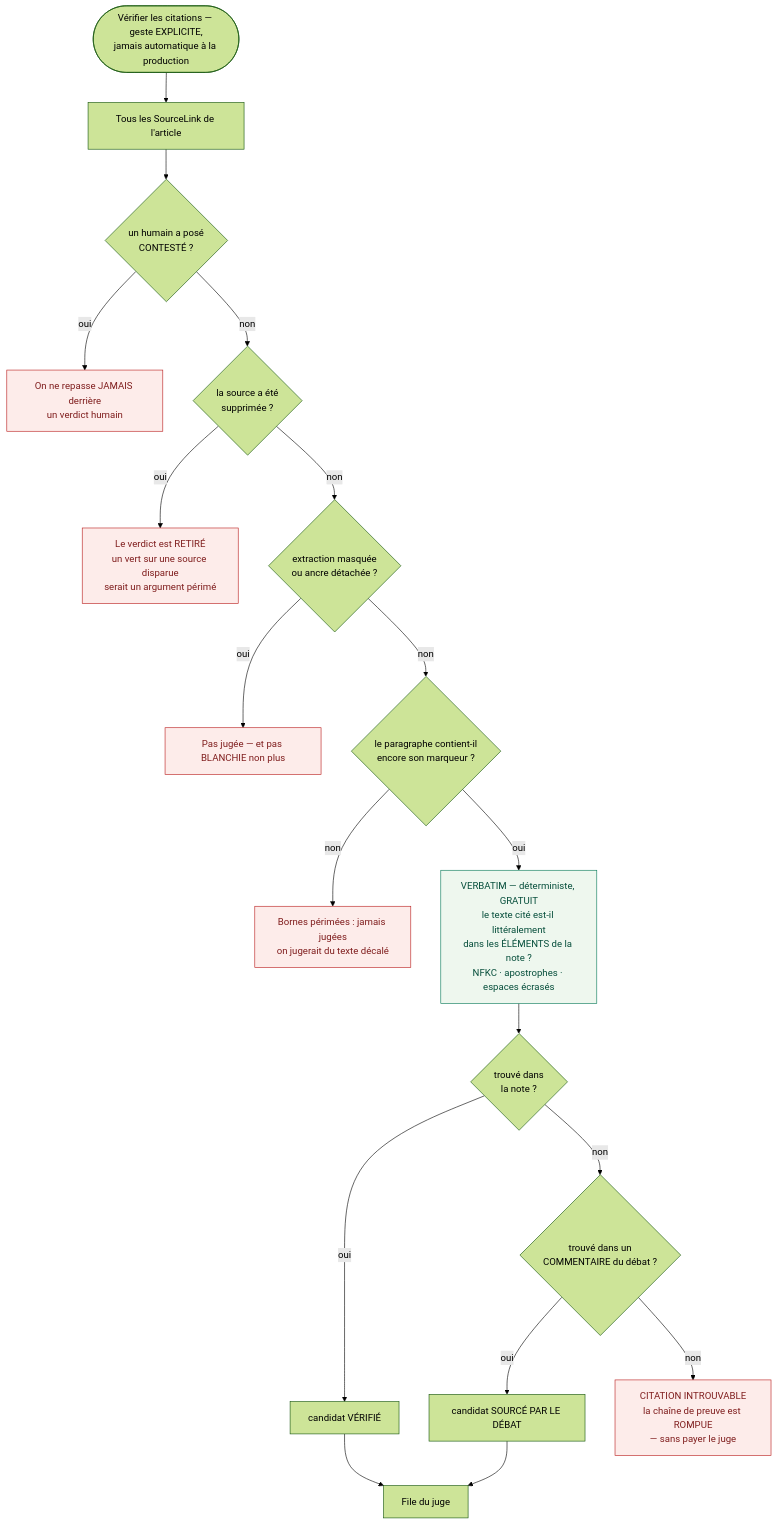
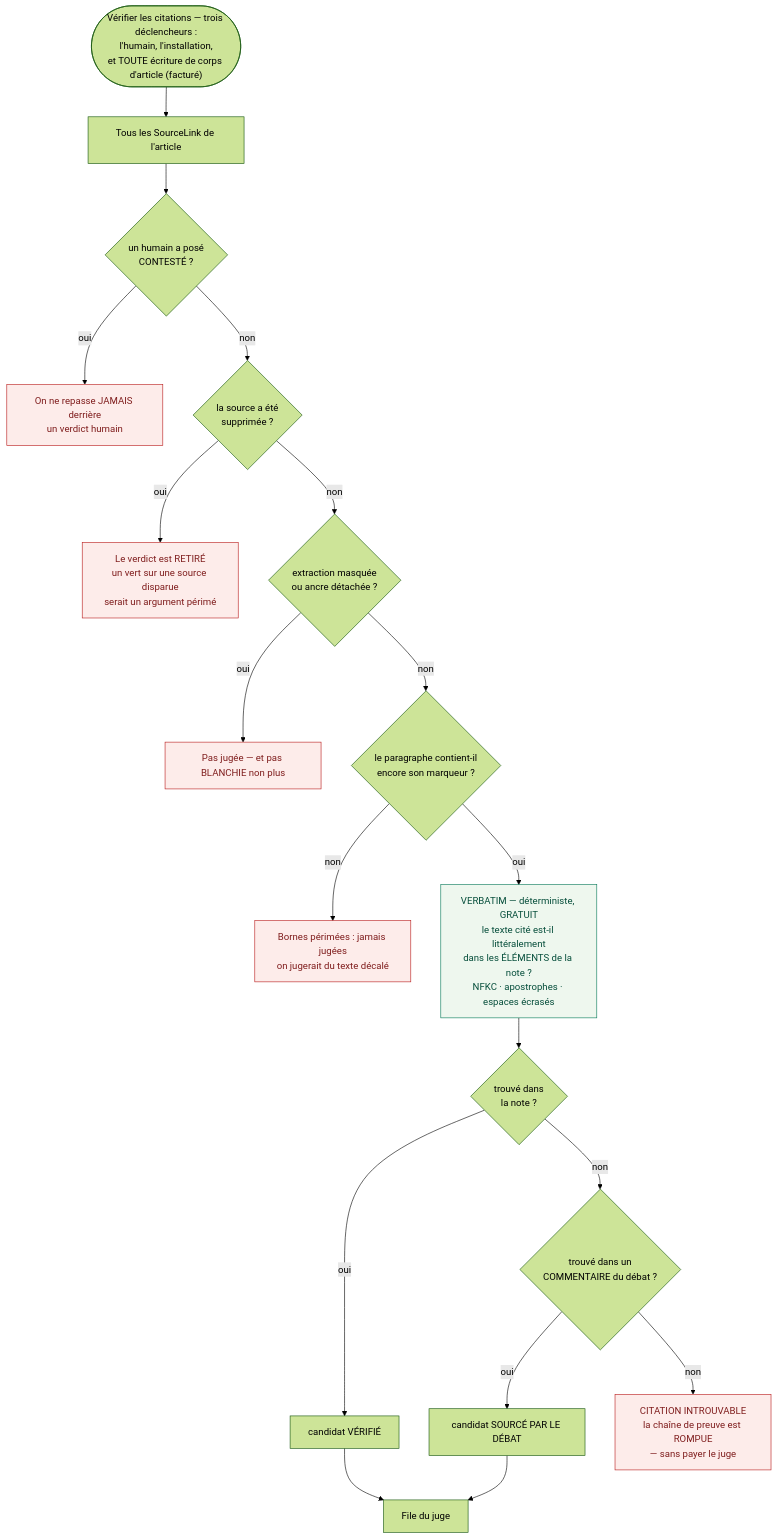
Before and after one commit to CoopCodeCommun/Hypostasia: the second of 4 diagrams in PLAN/Diagrams/03-la-verification-des-citations.md, drawn with Mermaid (forest theme). The commit also changed other lines of this file and 54 other files, not shown here.

````diff
--- a/PLAN/Diagrams/03-la-verification-des-citations.md
+++ b/PLAN/Diagrams/03-la-verification-des-citations.md
@@ -66,47 +83,47 @@
 ```mermaid
 flowchart TD
-    START(["Vérifier les citations — geste EXPLICITE,<br/>jamais automatique à la production"])
+    START(["Vérifier les citations — trois déclencheurs :<br/>l'humain, l'installation,<br/>et TOUTE écriture de corps d'article (facturé)"])
     LIENS["Tous les SourceLink de l'article"]
 
     G1{"un humain a posé<br/>CONTESTÉ ?"}
     G1R["On ne repasse JAMAIS derrière<br/>un verdict humain"]
 
     G2{"la source a été<br/>supprimée ?"}
     G2R["Le verdict est RETIRÉ<br/>un vert sur une source disparue<br/>serait un argument périmé"]
 
     G3{"extraction masquée<br/>ou ancre détachée ?"}
     G3R["Pas jugée — et pas BLANCHIE non plus"]
 
     G4{"le paragraphe contient-il<br/>encore son marqueur ?"}
     G4R["Bornes périmées : jamais jugées<br/>on jugerait du texte décalé"]
 
     V1["VERBATIM — déterministe, GRATUIT<br/>le texte cité est-il littéralement<br/>dans les ÉLÉMENTS de la note ?<br/>NFKC · apostrophes · espaces écrasés"]
 
     V2{"trouvé dans<br/>la note ?"}
     V3{"trouvé dans un<br/>COMMENTAIRE du débat ?"}
 
     INTR["CITATION INTROUVABLE<br/>la chaîne de preuve est ROMPUE<br/>— sans payer le juge"]
 
     FILE["File du juge"]
     CAND1["candidat VÉRIFIÉ"]
     CAND2["candidat SOURCÉ PAR LE DÉBAT"]
 
     START --> LIENS --> G1
     G1 -- oui --> G1R
     G1 -- non --> G2
     G2 -- oui --> G2R
     G2 -- non --> G3
     G3 -- oui --> G3R
     G3 -- non --> G4
     G4 -- non --> G4R
     G4 -- oui --> V1 --> V2
     V2 -- oui --> CAND1 --> FILE
     V2 -- non --> V3
     V3 -- oui --> CAND2 --> FILE
     V3 -- non --> INTR
 
     classDef refus fill:#fdecea,stroke:#b91c1c,color:#7f1d1d
     classDef gratuit fill:#eef7ee,stroke:#047857,color:#064e3b
     class G1R,G2R,G3R,G4R,INTR refus
     class V1 gratuit
 ```
````
